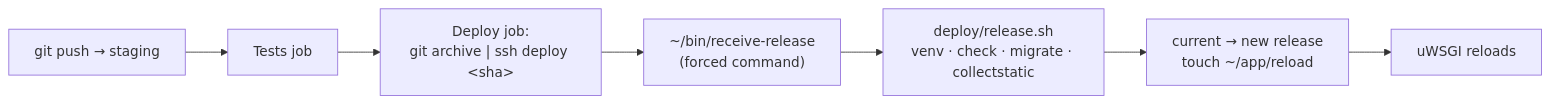
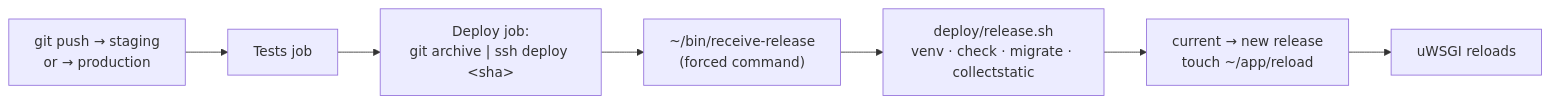
One commit to Lavedonio/site_lavedonio_django changed the diagram in deploy/README.md. Above: the diagram before and after it, drawn with Mermaid. The commit also changed other lines of this file and 7 other files, not shown here.

````diff
--- a/deploy/README.md
+++ b/deploy/README.md
@@ -23,9 +29,9 @@
 ```mermaid
 flowchart LR
-  push["git push → staging"] --> tests["Tests job"]
+  push["git push → staging<br/>or → production"] --> tests["Tests job"]
   tests --> deploy["Deploy job:<br/>git archive | ssh deploy &lt;sha&gt;"]
   deploy --> recv["~/bin/receive-release<br/>(forced command)"]
   recv --> rel["deploy/release.sh<br/>venv · check · migrate · collectstatic"]
   rel --> switch["current → new release<br/>touch ~/app/reload"]
   switch --> uwsgi["uWSGI reloads"]
 ```
````
